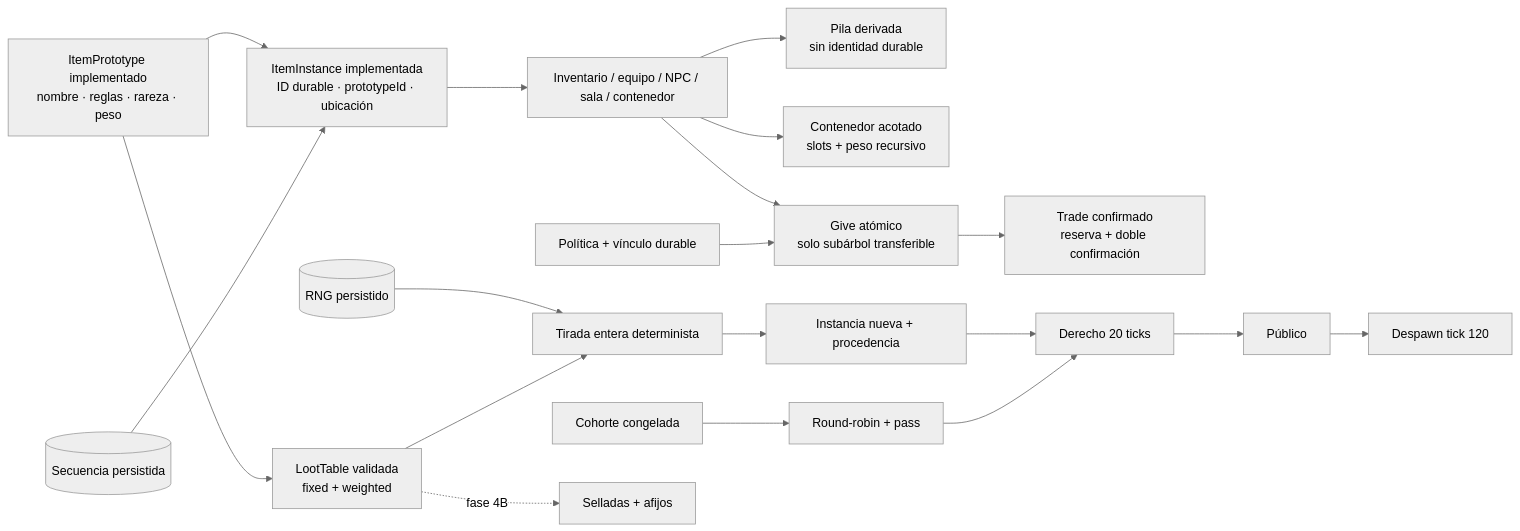
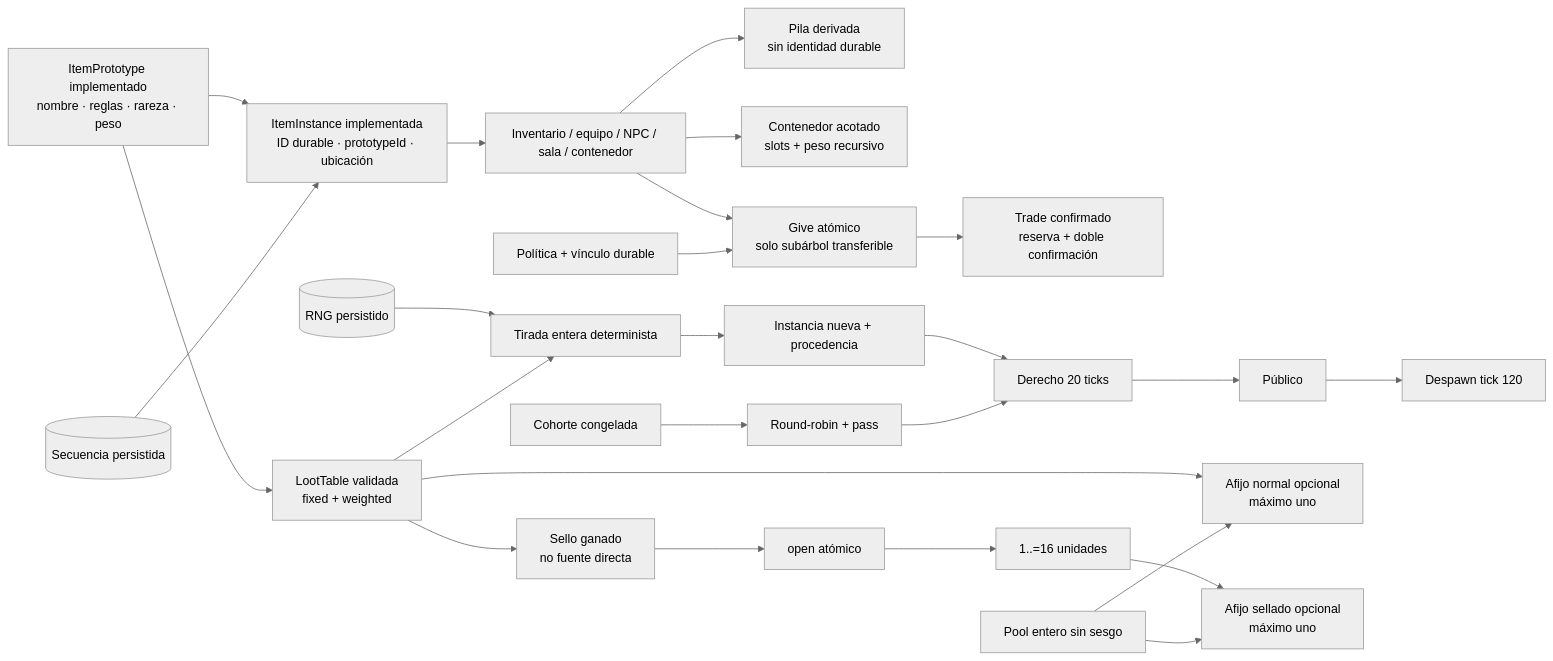
The third of 3 diagrams in docs/design/social-staff-and-loot-roadmap.md (hyukudan/tiamud), drawn with Mermaid (neutral theme) before and after one commit. The commit also changed other lines of this file and 45 other files, not shown here.

````diff
--- a/docs/design/social-staff-and-loot-roadmap.md
+++ b/docs/design/social-staff-and-loot-roadmap.md
@@ -405,25 +426,31 @@
 ```mermaid
 flowchart LR
     accTitle: Inventario implementado y ampliaciones de transferencia y botín
-    accDescr: Cada unidad conserva identidad durable; pilas, contenedores, políticas, trade, tablas repetibles, procedencia y derechos ya son autoritativos. Los afijos y recompensas selladas quedan para 4B.
+    accDescr: Cada unidad conserva identidad durable; pilas, contenedores, políticas, trade, tablas repetibles, sellos, afijos, procedencia y derechos son autoritativos.
 
     Prototype[ItemPrototype implementado<br/>nombre · reglas · rareza · peso] --> Instance[ItemInstance implementada<br/>ID durable · prototypeId · ubicación]
     Sequence[(Secuencia persistida)] --> Instance
     Instance --> Current[Inventario / equipo / NPC / sala / contenedor]
     Current --> Stack[Pila derivada<br/>sin identidad durable]
     Current --> Container[Contenedor acotado<br/>slots + peso recursivo]
     Current --> Give[Give atómico<br/>solo subárbol transferible]
     Policy[Política + vínculo durable] --> Give
     Give --> Trade[Trade confirmado<br/>reserva + doble confirmación]
 
     Prototype --> Table[LootTable validada<br/>fixed + weighted]
     RNG[(RNG persistido)] --> Roll[Tirada entera determinista]
     Table --> Roll
     Roll --> Generated[Instancia nueva + procedencia]
     Generated --> Rights[Derecho 20 ticks]
     Cohort[Cohorte congelada] --> RR[Round-robin + pass]
     RR --> Rights
     Rights --> Public[Público]
     Public --> Despawn[Despawn tick 120]
-    Table -. fase 4B .-> Sealed[Selladas + afijos]
+    Table --> NormalAffix[Afijo normal opcional<br/>máximo uno]
+    Table --> Seal[Sello ganado<br/>no fuente directa]
+    Seal --> Open[open atómico]
+    Open --> Reward[1..=16 unidades]
+    Reward --> SealedAffix[Afijo sellado opcional<br/>máximo uno]
+    AffixPool[Pool entero sin sesgo] --> NormalAffix
+    AffixPool --> SealedAffix
 ```
````
